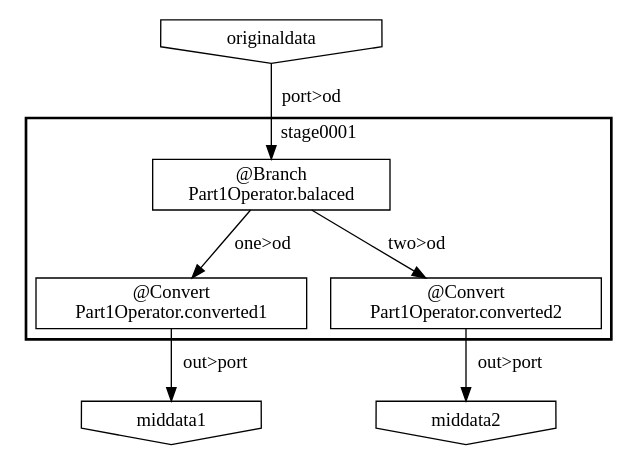
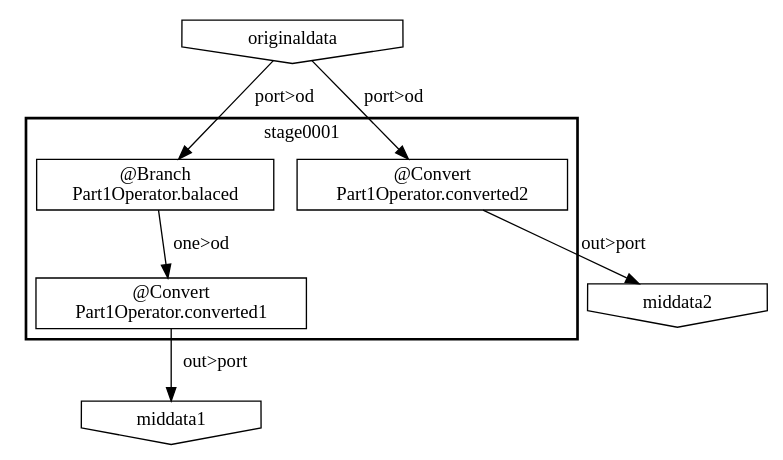
Before and after one commit to ironpeace/AsakusaFlowPartSample: the diagram in target/testdriver/batchcwork/bin/META-INF/visualize/stageblock-1.dot, drawn with Graphviz. The commit also changed 38 other files, not shown here.

```diff
--- a/target/testdriver/batchcwork/bin/META-INF/visualize/stageblock-1.dot
+++ b/target/testdriver/batchcwork/bin/META-INF/visualize/stageblock-1.dot
@@ -1,17 +1,17 @@
 digraph {
-    subgraph "cluster_90f390f2-b47f-47df-9e44-1854e6c3f94e" {
+    "df2fc0ee-4906-440b-bf8f-b03416a63345" [shape=invhouse, label="originaldata"];
+    "5fde29b9-4846-46bd-ab44-a4b5f8cf1022" [shape=invhouse, label="middata2"];
+    "51476961-5359-4a53-8bc4-01806b9db619" [shape=invhouse, label="middata1"];
+    subgraph "cluster_be0b1c74-4efa-4d10-9f2c-ac2046d7c0cc" {
         label = "stage0001";
         style = bold;
-        "4bf64a48-568e-4680-b708-1e03510db12c" [shape=box, label="@Convert\nPart1Operator.converted1"];
-        "34197ea9-c8b2-4fa9-873f-1f7840aaa900" [shape=box, label="@Branch\nPart1Operator.balaced"];
-        "d8a7b2dc-cef8-4d64-a98a-e7c111c1fa4e" [shape=box, label="@Convert\nPart1Operator.converted2"];
+        "52c21d8f-4dfd-4f54-83f0-226265699387" [shape=box, label="@Convert\nPart1Operator.converted2"];
+        "07957ee6-7ffa-4451-8dea-21d03c03b987" [shape=box, label="@Branch\nPart1Operator.balaced"];
+        "cd8d999f-7be1-45e7-a040-10a0852de1e9" [shape=box, label="@Convert\nPart1Operator.converted1"];
     }
-    "33eade4b-329e-4504-a441-ceb77046bf20" [shape=invhouse, label="originaldata"];
-    "f4091172-885d-48f3-849f-d894354a9ff1" [shape=invhouse, label="middata1"];
-    "87ab6a0e-9327-4fca-9f2a-22e794c86e9c" [shape=invhouse, label="middata2"];
-    "33eade4b-329e-4504-a441-ceb77046bf20" -> "34197ea9-c8b2-4fa9-873f-1f7840aaa900" [label="port>od"];
-    "d8a7b2dc-cef8-4d64-a98a-e7c111c1fa4e" -> "87ab6a0e-9327-4fca-9f2a-22e794c86e9c" [label="out>port"];
-    "4bf64a48-568e-4680-b708-1e03510db12c" -> "f4091172-885d-48f3-849f-d894354a9ff1" [label="out>port"];
-    "34197ea9-c8b2-4fa9-873f-1f7840aaa900" -> "4bf64a48-568e-4680-b708-1e03510db12c" [label="one>od"];
-    "34197ea9-c8b2-4fa9-873f-1f7840aaa900" -> "d8a7b2dc-cef8-4d64-a98a-e7c111c1fa4e" [label="two>od"];
+    "df2fc0ee-4906-440b-bf8f-b03416a63345" -> "07957ee6-7ffa-4451-8dea-21d03c03b987" [label="port>od"];
+    "df2fc0ee-4906-440b-bf8f-b03416a63345" -> "52c21d8f-4dfd-4f54-83f0-226265699387" [label="port>od"];
+    "52c21d8f-4dfd-4f54-83f0-226265699387" -> "5fde29b9-4846-46bd-ab44-a4b5f8cf1022" [label="out>port"];
+    "cd8d999f-7be1-45e7-a040-10a0852de1e9" -> "51476961-5359-4a53-8bc4-01806b9db619" [label="out>port"];
+    "07957ee6-7ffa-4451-8dea-21d03c03b987" -> "cd8d999f-7be1-45e7-a040-10a0852de1e9" [label="one>od"];
 }
```
